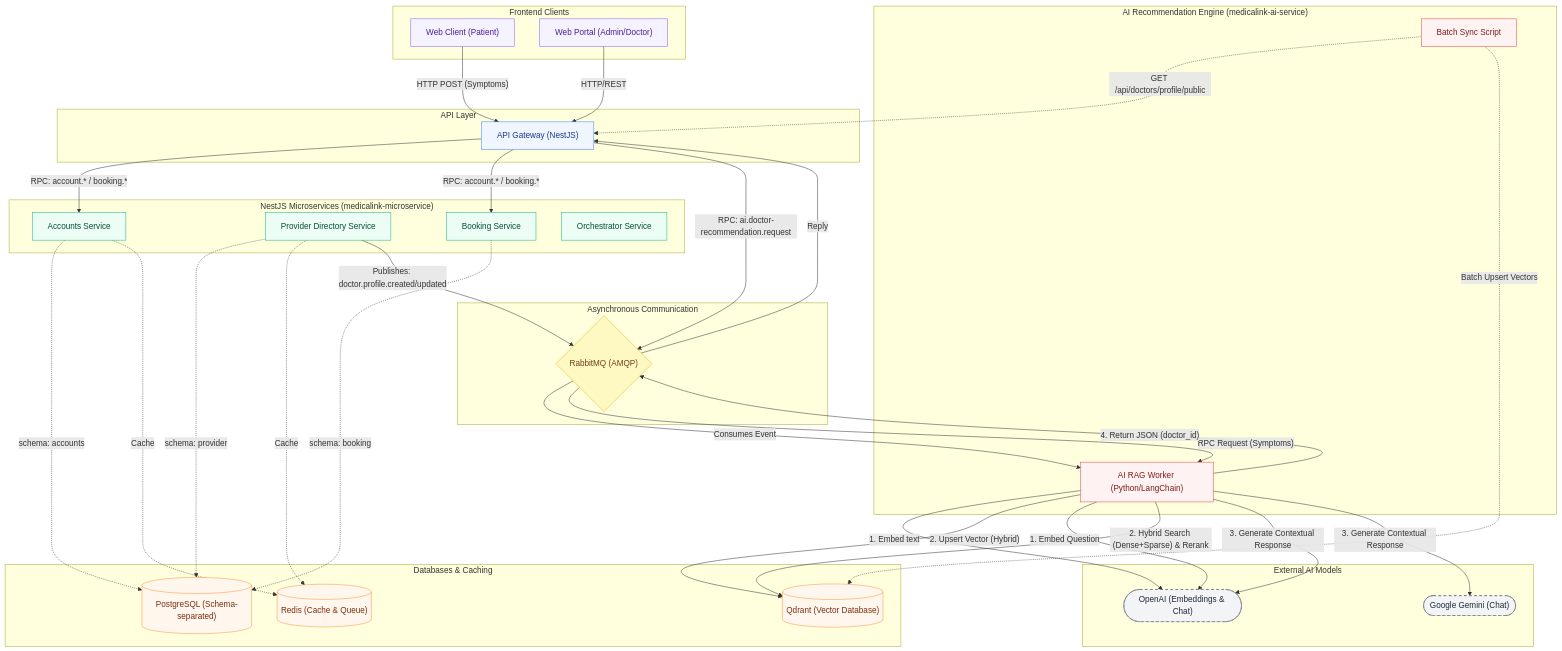
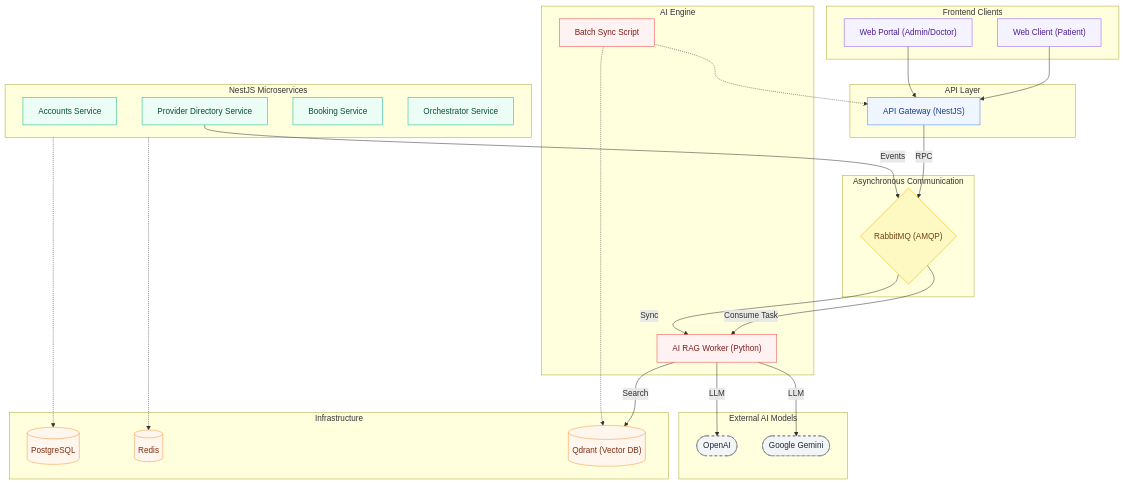
Before and after one commit to MedicaLink-Healthcare/.github: the diagram in profile/README.md, drawn with Mermaid. The commit also changed other lines of this file, not shown here.

Commit message:
Enhance README formatting and content clarity
Updated README.md to enhance formatting and clarity with emojis, improved section headers, and refined descriptions of architectural components.

`````diff
--- a/profile/README.md
+++ b/profile/README.md
@@ -34,64 +34,41 @@
         RMQ{"RabbitMQ (AMQP)"}:::bus
     end
 
-    %% 4. Core Node.js Services (Monorepo)
-    subgraph CoreServices["NestJS Microservices (medicalink-microservice)"]
+    %% 4. Core Node.js Services
+    subgraph CoreServices["NestJS Microservices"]
         ACC["Accounts Service"]:::svc
         PROV["Provider Directory Service"]:::svc
         BOOK["Booking Service"]:::svc
         ORCH["Orchestrator Service"]:::svc
     end
 
-    %% 5. AI Python Service (Standalone Repo)
-    subgraph AIServiceLayer["AI Recommendation Engine (medicalink-ai-service)"]
-        AIWorker["AI RAG Worker (Python/LangChain)"]:::ai
+    %% 5. AI Python Service
+    subgraph AIServiceLayer["AI Engine"]
+        AIWorker["AI RAG Worker (Python)"]:::ai
         SyncBatch["Batch Sync Script"]:::ai
     end
 
-    %% 6. Data Persistence & Cache
-    subgraph Infrastructure["Databases & Caching"]
-        Postgres[("PostgreSQL (Schema-separated)")]:::db
-        Redis[("Redis (Cache & Queue)")]:::db
-        Qdrant[("Qdrant (Vector Database)")]:::db
+    %% 6. Infrastructure
+    subgraph Infrastructure["Infrastructure"]
+        Postgres[("PostgreSQL")]:::db
+        Redis[("Redis")]:::db
+        Qdrant[("Qdrant (Vector DB)")]:::db
     end
 
     %% 7. External LLM APIs
     subgraph ExternalAPIs["External AI Models"]
-        OpenAI(["OpenAI (Embeddings & Chat)"]):::ext
-        Gemini(["Google Gemini (Chat)"]):::ext
+        OpenAI(["OpenAI"]):::ext
+        Gemini(["Google Gemini"]):::ext
     end
 
-    %% --- Relationships and Data Flow ---
-
-    %% Client to Gateway
-    WebPatient -- "HTTP POST (Symptoms)" --> Gateway
-    WebStaff -- "HTTP/REST" --> Gateway
-
-    %% Gateway to Microservices & AI
-    Gateway -- "RPC: account.* / booking.*" --> ACC & BOOK
-    Gateway -- "RPC: ai.doctor-recommendation.request" --> RMQ
-
-    %% Core Services DB Access
-    ACC -.-> |"schema: accounts"| Postgres
-    PROV -.-> |"schema: provider"| Postgres
-    BOOK -.-> |"schema: booking"| Postgres
-    ACC & PROV -.-> |"Cache"| Redis
-
-    %% Event-driven AI Ingestion
-    PROV -- "Publishes: doctor.profile.created/updated" --> RMQ
-    RMQ -- "Consumes Event" --> AIWorker
-    AIWorker -- "1. Embed text" --> OpenAI
-    AIWorker -- "2. Upsert Vector (Hybrid)" --> Qdrant
-
-    %% RAG Retrieval Flow
-    RMQ -- "RPC Request (Symptoms)" --> AIWorker
-    AIWorker -- "1. Embed Question" --> OpenAI
-    AIWorker -- "2. Hybrid Search (Dense+Sparse) & Rerank" --> Qdrant
-    AIWorker -- "3. Generate Contextual Response" --> OpenAI & Gemini
-    AIWorker -- "4. Return JSON (doctor_id)" --> RMQ
-    RMQ -- "Reply" --> Gateway
-
-    %% Batch Sync Flow
-    SyncBatch -.-> |"GET /api/doctors/profile/public"| Gateway
-    SyncBatch -.-> |"Batch Upsert Vectors"| Qdrant
-```
+    %% Relationships
+    WebPatient & WebStaff --> Gateway
+    Gateway -- "RPC" --> RMQ
+    RMQ -- "Consume Task" --> AIWorker
+    AIWorker -- "Search" --> Qdrant
+    AIWorker -- "LLM" --> OpenAI & Gemini
+    CoreServices -.-> Postgres & Redis
+    PROV -- "Events" --> RMQ
+    RMQ -- "Sync" --> AIWorker
+    SyncBatch -.-> Gateway & Qdrant
+````
`````
